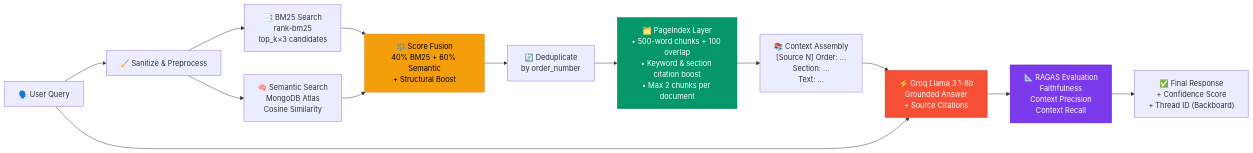
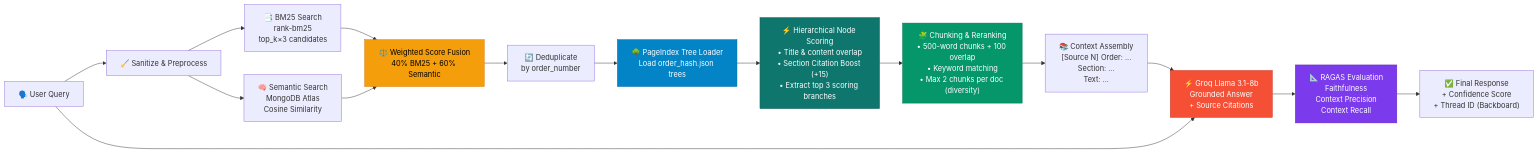
The second of 3 diagrams in README.md (MohitSahoo/RTI_Lens), drawn with Mermaid before and after one commit. The commit also changed other lines of this file and 8 other files, not shown here.

````diff
--- a/README.md
+++ b/README.md
@@ -158,25 +186,32 @@
 ```mermaid
 flowchart LR
     Q["🗣️ User Query"] --> PRE["🧹 Sanitize & Preprocess"]
 
     PRE --> B["📑 BM25 Search\nrank-bm25\ntop_k×3 candidates"]
     PRE --> V["🧠 Semantic Search\nMongoDB Atlas\nCosine Similarity"]
 
-    B --> F["⚖️ Score Fusion\n40% BM25 + 60% Semantic\n+ Structural Boost"]
+    B --> F["⚖️ Weighted Score Fusion\n40% BM25 + 60% Semantic"]
     V --> F
 
     F --> DEDUP["🔄 Deduplicate\nby order_number"]
-    DEDUP --> PI["🗂️ PageIndex Layer\n• 500-word chunks + 100 overlap\n• Keyword & section citation boost\n• Max 2 chunks per document"]
-    PI --> CTX["📚 Context Assembly\n[Source N] Order: ...\nSection: ...\nText: ..."]
+    DEDUP --> PIT["🌳 PageIndex Tree Loader\nLoad order_hash.json trees"]
+    
+    PIT --> PIS["⚡ Hierarchical Node Scoring\n• Title & content overlap\n• Section Citation Boost (+15)\n• Extract top 3 scoring branches"]
+    
+    PIS --> CHK["🧩 Chunking & Reranking\n• 500-word chunks + 100 overlap\n• Keyword matching\n• Max 2 chunks per doc (diversity)"]
+
+    CHK --> CTX["📚 Context Assembly\n[Source N] Order: ...\nSection: ...\nText: ..."]
 
     CTX --> LLM["⚡ Groq Llama 3.1-8b\nGrounded Answer\n+ Source Citations"]
     Q --> LLM
 
     LLM --> EVAL["📐 RAGAS Evaluation\nFaithfulness\nContext Precision\nContext Recall"]
     EVAL --> RESP["✅ Final Response\n+ Confidence Score\n+ Thread ID (Backboard)"]
 
-    style PI fill:#059669,stroke:#047857,color:#fff
+    style PIT fill:#0284c7,stroke:#0369a1,color:#fff
+    style PIS fill:#0f766e,stroke:#115e59,color:#fff
+    style CHK fill:#059669,stroke:#047857,color:#fff
     style LLM fill:#F55036,stroke:#c22d17,color:#fff
     style EVAL fill:#7c3aed,stroke:#5b21b6,color:#fff
     style F fill:#f59e0b,stroke:#d97706,color:#000
 ```
````
